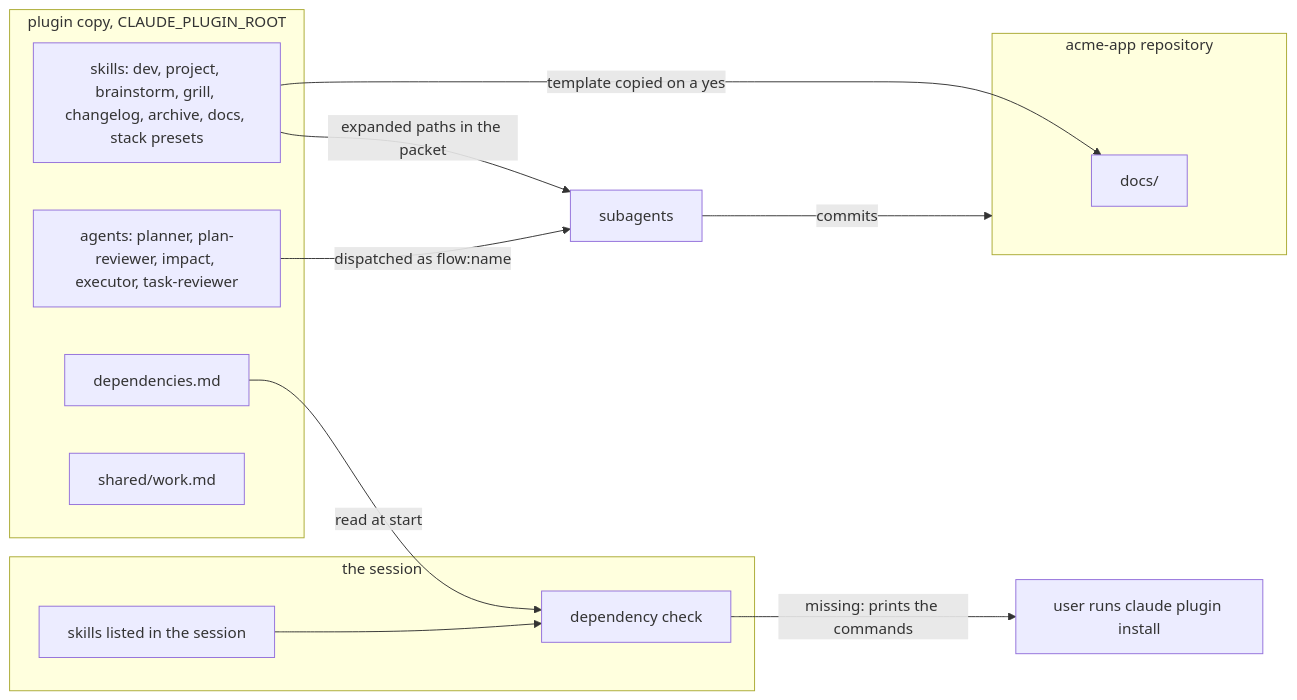
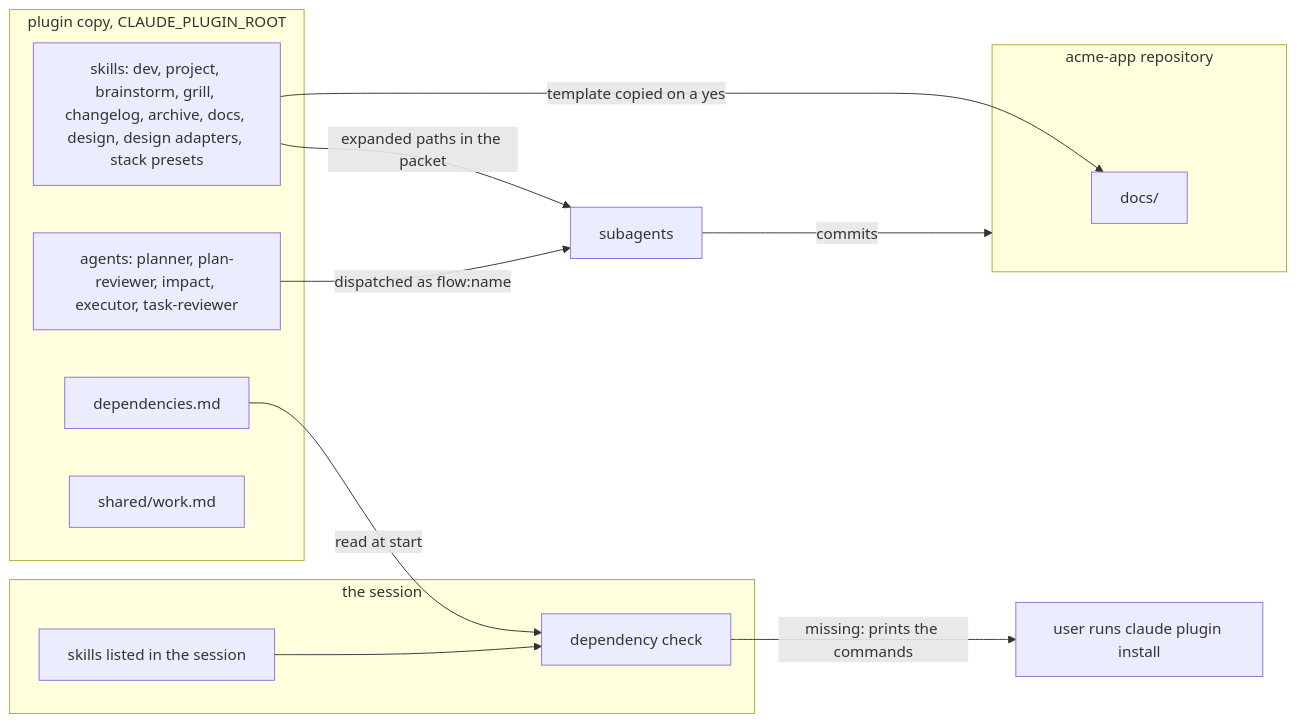
Before and after one commit to spleenteo/devflow: the fourth of 4 diagrams in docs/architecture.md, drawn with Mermaid. The commit also changed other lines of this file, not shown here.

Commit message:
Document /flow:design in the architecture

````diff
--- a/docs/architecture.md
+++ b/docs/architecture.md
@@ -201,23 +210,23 @@
 ```mermaid
 flowchart LR
   subgraph plugin["plugin copy, CLAUDE_PLUGIN_ROOT"]
     deplist["dependencies.md"]
     agentdir["agents: planner, plan-reviewer, impact, executor, task-reviewer"]
-    skilldir["skills: dev, project, brainstorm, grill, changelog, archive, docs, stack presets"]
+    skilldir["skills: dev, project, brainstorm, grill, changelog, archive, docs, design, design adapters, stack presets"]
     shared["shared/work.md"]
   end
   subgraph session["the session"]
     listed["skills listed in the session"]
     check["dependency check"]
   end
   subgraph repo["acme-app repository"]
     docs["docs/"]
   end
   deplist -->|"read at start"| check
   listed --> check
   check -->|"missing: prints the commands"| usr["user runs claude plugin install"]
   skilldir -->|"template copied on a yes"| docs
   skilldir -->|"expanded paths in the packet"| agents["subagents"]
   agentdir -->|"dispatched as flow:name"| agents
   agents -->|"commits"| repo
 ```
````
